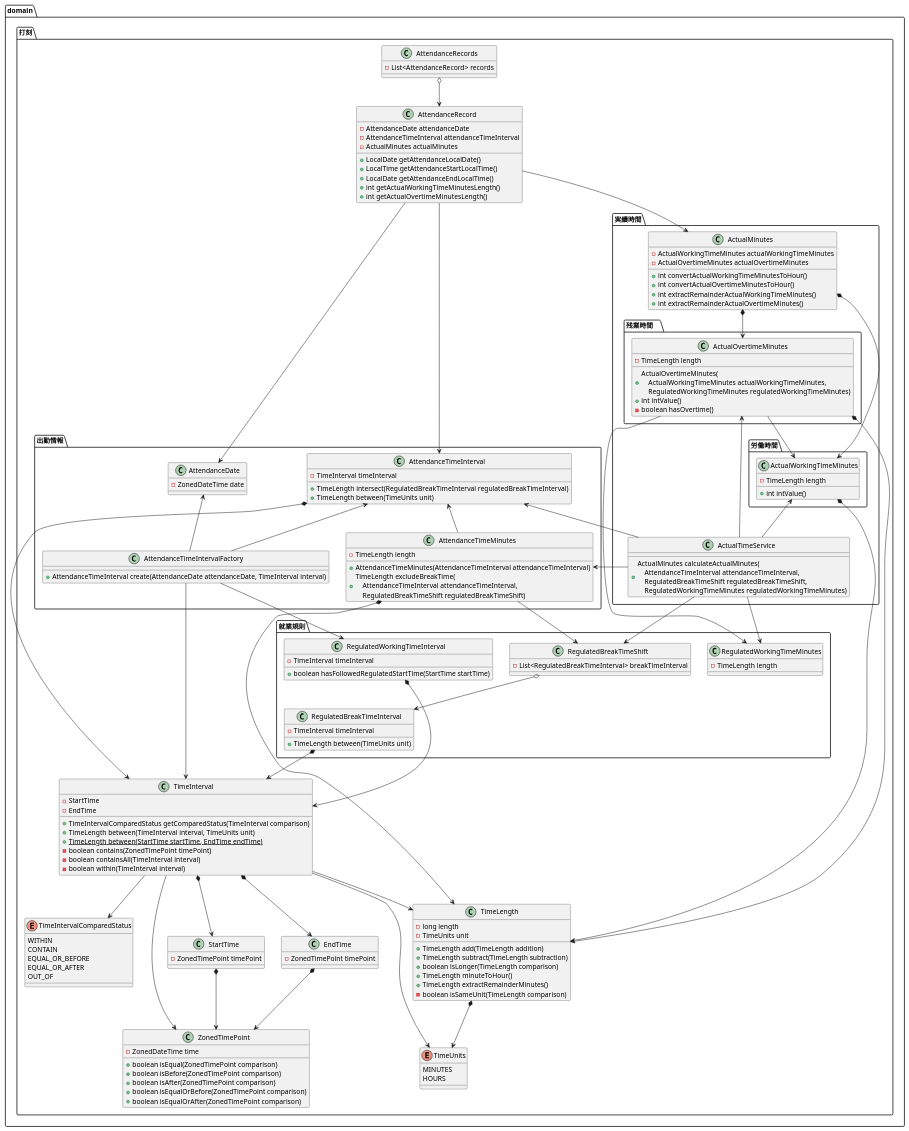
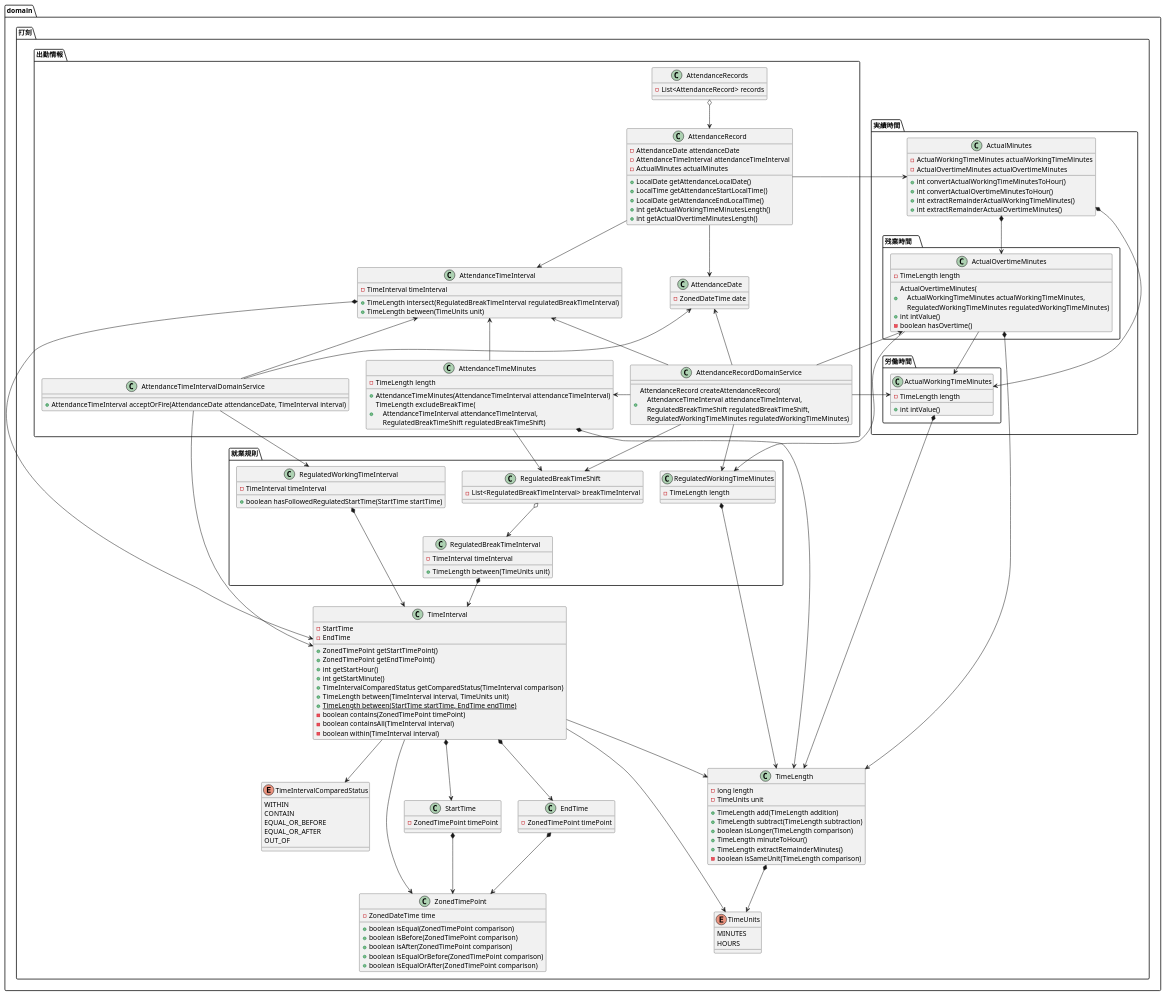
Before and after one commit to biglobe-isp/kintai: the diagram in etc/design/model.puml, drawn with PlantUML.

Commit message:
docs: fixed based on the fourth review

```diff
--- a/etc/design/model.puml
+++ b/etc/design/model.puml
@@ -2,20 +2,6 @@
 
 package domain {
     package 打刻 {
-        class AttendanceRecord {
-            - AttendanceDate attendanceDate
-            - AttendanceTimeInterval attendanceTimeInterval
-            - ActualMinutes actualMinutes
-            + LocalDate getAttendanceLocalDate()
-            + LocalTime getAttendanceStartLocalTime()
-            + LocalDate getAttendanceEndLocalTime()
-            + int getActualWorkingTimeMinutesLength()
-            + int getActualOvertimeMinutesLength()
-        }
-
-        class AttendanceRecords {
-            - List<AttendanceRecord> records
-        }
 
         package 出勤情報 {
             class AttendanceDate {
@@ -31,9 +17,26 @@
                 + AttendanceTimeMinutes(AttendanceTimeInterval attendanceTimeInterval)
                 + TimeLength excludeBreakTime(\n    AttendanceTimeInterval attendanceTimeInterval, \n    RegulatedBreakTimeShift regulatedBreakTimeShift)
             }
-            class AttendanceTimeIntervalFactory {
-                + AttendanceTimeInterval create(AttendanceDate attendanceDate, TimeInterval interval)
+            class AttendanceTimeIntervalDomainService {
+                + AttendanceTimeInterval acceptOrFire(AttendanceDate attendanceDate, TimeInterval interval)
             }       
+            class AttendanceRecord {
+                - AttendanceDate attendanceDate
+                - AttendanceTimeInterval attendanceTimeInterval
+                - ActualMinutes actualMinutes
+                + LocalDate getAttendanceLocalDate()
+                + LocalTime getAttendanceStartLocalTime()
+                + LocalDate getAttendanceEndLocalTime()
+                + int getActualWorkingTimeMinutesLength()
+                + int getActualOvertimeMinutesLength()
+            }
+
+            class AttendanceRecords {
+                - List<AttendanceRecord> records
+            }
+            class AttendanceRecordDomainService {
+                + AttendanceRecord createAttendanceRecord(\n    AttendanceTimeInterval attendanceTimeInterval, \n    RegulatedBreakTimeShift regulatedBreakTimeShift, \n    RegulatedWorkingTimeMinutes regulatedWorkingTimeMinutes)
+            }
         }
 
         package 実績時間 {
@@ -59,9 +62,6 @@
                 + int convertActualOvertimeMinutesToHour()
                 + int extractRemainderActualWorkingTimeMinutes()
                 + int extractRemainderActualOvertimeMinutes()
-            }
-            class ActualTimeService {
-                + ActualMinutes calculateActualMinutes(\n    AttendanceTimeInterval attendanceTimeInterval, \n    RegulatedBreakTimeShift regulatedBreakTimeShift, \n    RegulatedWorkingTimeMinutes regulatedWorkingTimeMinutes)
             }
         }
 
@@ -110,6 +110,10 @@
         class TimeInterval {
             - StartTime
             - EndTime
+            + ZonedTimePoint getStartTimePoint()
+            + ZonedTimePoint getEndTimePoint()
+            + int getStartHour()
+            + int getStartMinute()
             +  TimeIntervalComparedStatus getComparedStatus(TimeInterval comparison)
             + TimeLength between(TimeInterval interval, TimeUnits unit)
             + {static} TimeLength between(StartTime startTime, EndTime endTime)
@@ -143,25 +147,27 @@
         ActualOvertimeMinutes --> RegulatedWorkingTimeMinutes
 
         ActualWorkingTimeMinutes *--> TimeLength
-        ActualTimeService -up-> ActualOvertimeMinutes
-        ActualTimeService -up-> ActualWorkingTimeMinutes
-        ActualTimeService -left-> AttendanceTimeInterval
-        ActualTimeService -left-> AttendanceTimeMinutes
-        ActualTimeService --> RegulatedBreakTimeShift
-        ActualTimeService --> RegulatedWorkingTimeMinutes
+        AttendanceRecordDomainService -up-> ActualOvertimeMinutes
+        AttendanceRecordDomainService -up-> ActualWorkingTimeMinutes
+        AttendanceRecordDomainService -left-> AttendanceDate
+        AttendanceRecordDomainService -left-> AttendanceTimeInterval
+        AttendanceRecordDomainService -left-> AttendanceTimeMinutes
+        AttendanceRecordDomainService --> RegulatedBreakTimeShift
+        AttendanceRecordDomainService --> RegulatedWorkingTimeMinutes
 
         AttendanceTimeMinutes *--> TimeLength
         AttendanceTimeMinutes -up-> AttendanceTimeInterval
         AttendanceTimeMinutes --> RegulatedBreakTimeShift
         AttendanceTimeInterval *--> TimeInterval
-        AttendanceTimeIntervalFactory -up-> AttendanceDate
-        AttendanceTimeIntervalFactory -up-> AttendanceTimeInterval
-        AttendanceTimeIntervalFactory --> RegulatedWorkingTimeInterval
-        AttendanceTimeIntervalFactory --> TimeInterval
+        AttendanceTimeIntervalDomainService -up-> AttendanceDate
+        AttendanceTimeIntervalDomainService -up-> AttendanceTimeInterval
+        AttendanceTimeIntervalDomainService --> RegulatedWorkingTimeInterval
+        AttendanceTimeIntervalDomainService --> TimeInterval
 
         RegulatedWorkingTimeInterval *--> TimeInterval
         RegulatedBreakTimeInterval *--> TimeInterval
         RegulatedBreakTimeShift o--> RegulatedBreakTimeInterval
+        RegulatedWorkingTimeMinutes *--> TimeLength
 
         TimeInterval *--> StartTime
         TimeInterval *--> EndTime
@@ -178,10 +184,10 @@
     }
 
     ' package 月次集計 {
-    '     class AttendanceAggregationMonthly {
+    '     class AttendanceMonthlySummary {
     '         - TimeLength totalWorkingTimeMinutesLength
     '         - TimeLength totalOvertimeMinutesLength
-    '         + public AttendanceAggregationMonthly(Optional<Integer> totalWorkingTimeMinutes, Optional<Integer> totalOvertimeMinutes)
+    '         + public AttendanceMonthlySummary(Optional<Integer> totalWorkingTimeMinutes, Optional<Integer> totalOvertimeMinutes)
     '         + int convertActualWorkingTimeMinutesToHour()
     '         + int convertActualOvertimeMinutesToHour()
     '         + int extractRemainderActualWorkingTimeMinutes()
@@ -200,28 +206,33 @@
 '     class AttendanceController {
 '         - AttendanceRecordingService attendanceRecordService
 '         - AttendanceAggregationService attendanceAggregationService
-'         + void record(String[] inputParams)
-'         + void aggregateMonthly(String[] inputParams)
-'　　　　　- void outputAttendanceRecord(AttendanceRecord attendanceRecord) 
-'　　　　　- void outputAggregationMonthly(AggregationMonth aggregationMonth, AttendanceAggregationMonthly attendanceAggregationMonthly) 
+'         - AttendanceTimeIntervalDomainService attendanceTimeIntervalDomainService
+'         - AttendanceOutputFormatter attendanceOutputFormatter
+'         - AttendanceMonthlySummaryOutputFormatter attendanceMonthlySummaryOutputFormatter
+'         + void record(String ymd, String startTime, String endTime)
+'         + void aggregateMonthly(String yearMonth)
 '     }
 '     AttendanceController *--> AttendanceRecordingService
 '     AttendanceController *--> AttendanceAggregationService
+'     AttendanceController *--> AttendanceTimeIntervalDomainService
+'     AttendanceController *--> AttendanceOutputFormatter
+'     AttendanceController *--> AttendanceMonthlySummaryOutputFormatter
 ' }
 
 ' package service {
 '     class AttendanceRecordingService {
 '         - AttendanceRepository attendanceRepository
 '         - RegulationRepository regulationRepository
+'         - AttendanceRecordDomainService attendanceRecordDomainService
 '         + AttendanceRecord register(AttendanceDate attendanceDate, AttendanceTimeInterval attendanceTimeInterval)
 '     }
 '     class AttendanceAggregationService {
 '         - AttendanceRepository attendanceRepository
-'         + AttendanceAggregationMonthly aggregateMonthly(AggregationMonth aggregationMonth)
+'         + AttendanceMonthlySummary aggregateMonthly(AggregationMonth aggregationMonth)
 '     }
 '     interface AttendanceRepository {
 '         + void register(AttendanceRecord attendanceRecord)
-'         + AttendanceAggregationMonthly fetchMonthly(AggregationMonth aggregationMonth)
+'         + AttendanceMonthlySummary fetchMonthly(AggregationMonth aggregationMonth)
 '     }
 '     interface RegulationRepository {
 '         + fetchBreakTimeIntervalShift(AttendanceDate attendanceDate)
@@ -229,13 +240,14 @@
 '     }
 '     AttendanceRecordingService   *--> AttendanceRepository
 '     AttendanceRecordingService   *--> RegulationRepository
+'     AttendanceRecordingService   *--> AttendanceRecordDomainService
 '     AttendanceAggregationService *--> AttendanceRepository
 ' }
 
 ' package datasource {
 '     class AttendanceRepositoryCsv {
 '         + void register(AttendanceRecord attendanceRecord)
-'         + AttendanceAggregationMonthly fetchMonthly(AggregationMonth aggregationMonth)
+'         + AttendanceRecords fetchMonthly(AggregationMonth aggregationMonth)
 '     }
 '     class RegulationRepositoryCsv {
 '         + BreakTimeIntervalShift fetchBreakTimeList(AttendanceDate attendanceDate)
@@ -244,32 +256,26 @@
 '     class AttendanceCsvDao {
 '         - CsvDao<AttendanceRecordEntity> csvDao 
 '         - AppCsvProperties appCsvProperties 
-'         + void register(AttendanceRecord attendanceRecord)
-'         + AttendanceRecordEntities fetchAll(AttendanceDate attendanceDate)
+'         + void register(AttendanceRecordEntities records)
 '         + AttendaceRecordEntities fetchMonthly(AggregationMonth aggregationMonth)
 '     }
 '     class RegulatedBreakTimeCsvDao {
 '         - CsvDao<RegulatedBreakTimeEntity> csvDao 
 '         - AppCsvProperties appCsvProperties 
-'         + RegulatedBreakTimeEntities fetchAll(AttendanceDate attendanceDate)
+'         + RegulatedBreakTimeEntities fetchAll()
 '     }
 '     class RegulatedWorkingTimeMinutesCsvDao {
 '         - CsvDao<RegulatedWorkingTimeMinutesEntity> csvDao
 '         - AppCsvProperties appCsvProperties 
-'         + void write(Writer writer, T bean)
-'         + RegulatedWorkingTimeMinutesEntity fetch(AttendanceDate attendanceDate)
+'         + RegulatedWorkingTimeMinutesEntity fetch()
 '     }
 '     class CsvDao<T> {
 '         + void writeAll(Writer writer, List<T> beans)
-'         + void write(Writer writer, T bean)
 '         + List<T> read(Reader reader, Class<? extends T> type)
 '     }
 '     class AttendanceRecordEntities {
-'         - List<AttendanceRecordEntity> records
-'         + void upsert(AttendanceRecord record)   
-'         + void add(AttendanceRecord record)   
-'         + void update(AttendanceRecord record)   
-'         + Optional<Integer> indexOf(AttendanceRecord record)        
+'         - List<AttendanceRecordEntity> records  
+'         + void add(AttendanceRecord record)         
 '     }
 '     class AttendanceRecordEntity {
 '         - LocalDate ymd
@@ -278,6 +284,7 @@
 '         - int workingTimeMinutes
 '         - int overtimeMinutes
 '         - ZonedDateTime updatedAt
+'         + AttendanceRecord toDomain()
 '     }
 '     class RegulatedBreakTimeEntities {
 '         - List<RegulatedBreakTimeEntity> records    
@@ -285,8 +292,8 @@
 '     class RegulatedBreakTimeEntity {
 '         - LocalDate validStartDate
 '         - LocalDate validEndDate
-'         - String breakTimeStart
-'         - String breakTimeEnd
+'         - LocalTime breakTimeStart
+'         - LocalTime breakTimeEnd
 '     }
 '     class RegulatedWorkingTimeMinutesEntity {
 '         - LocalDate validStartDate
```
